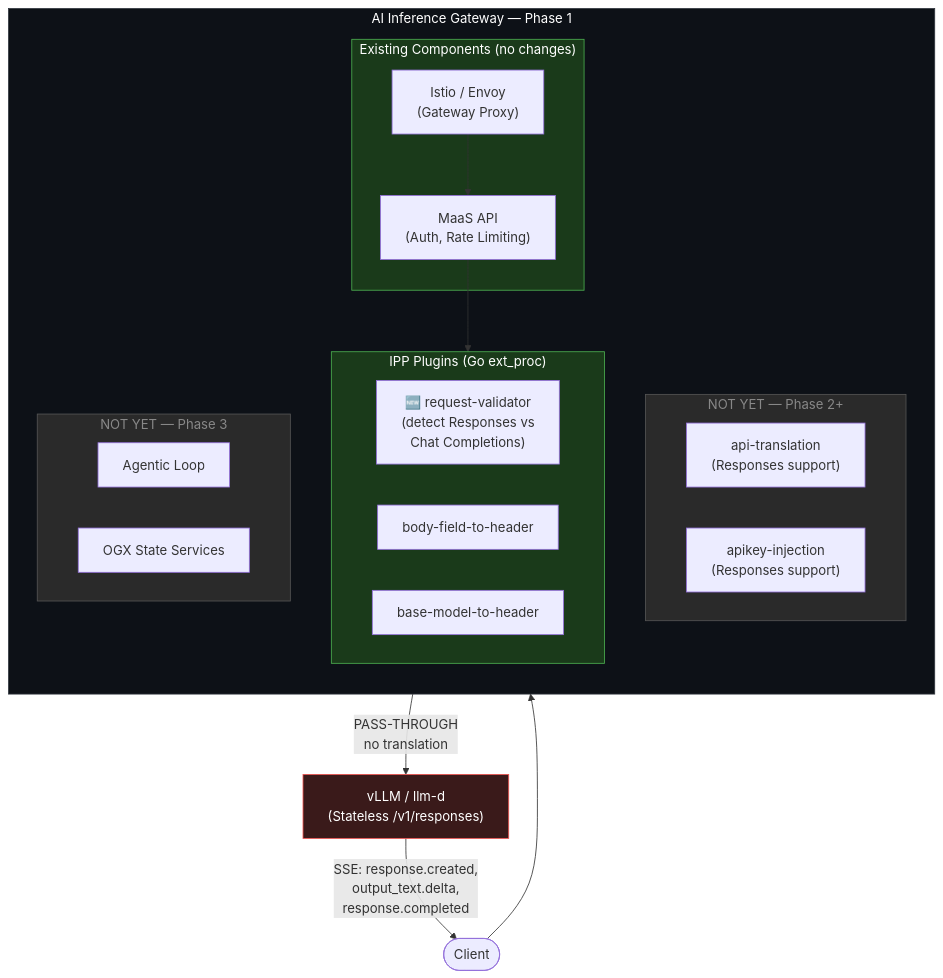
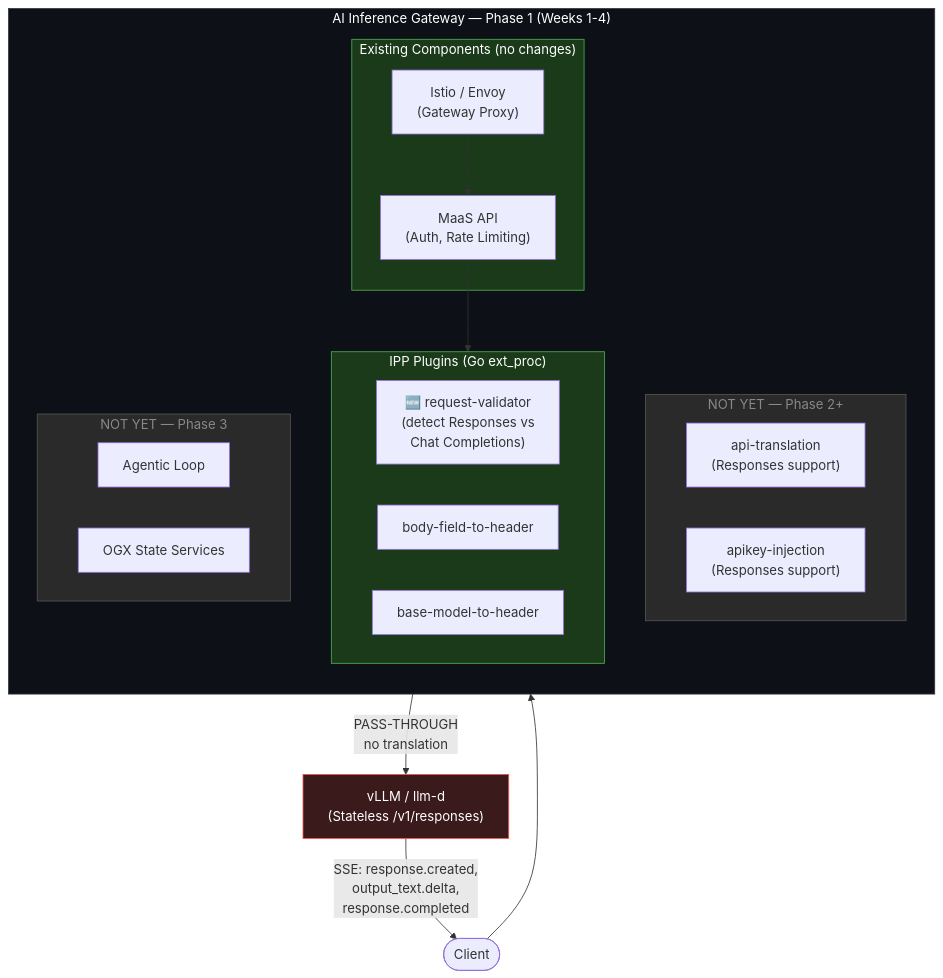
The fifth of 8 diagrams in responses-api/responses-api-architecture-plan.md (noyitz/ai-gateway-docs), drawn with Mermaid before and after one commit. The commit also changed other lines of this file, not shown here.

Commit message:
Compress timeline from 6 months to 4 months, reflect OGX reuse in Phase 3

````diff
--- a/responses-api/responses-api-architecture-plan.md
+++ b/responses-api/responses-api-architecture-plan.md
@@ -486,44 +486,44 @@
 ```mermaid
 graph TB
     Client([Client])
 
-    subgraph GW["AI Inference Gateway — Phase 1"]
+    subgraph GW["AI Inference Gateway — Phase 1 (Weeks 1-4)"]
         direction TB
 
         subgraph Existing["Existing Components (no changes)"]
             Proxy["Istio / Envoy<br/>(Gateway Proxy)"]
             MaaS["MaaS API<br/>(Auth, Rate Limiting)"]
         end
 
         subgraph IPP["IPP Plugins (Go ext_proc)"]
             direction LR
             rv["🆕 request-validator<br/>(detect Responses vs<br/>Chat Completions)"]
             bfth["body-field-to-header"]
             bmth["base-model-to-header"]
         end
 
         subgraph NotYet1["NOT YET — Phase 2+"]
             direction LR
             at_na["api-translation<br/>(Responses support)"]
             ak_na["apikey-injection<br/>(Responses support)"]
         end
 
         subgraph NotYet2["NOT YET — Phase 3"]
             AL_na["Agentic Loop"]
             OGX_na["OGX State Services"]
         end
     end
 
     vLLM["vLLM / llm-d<br/>(Stateless /v1/responses)"]
 
     Client --> Proxy --> MaaS --> IPP
     IPP -- "PASS-THROUGH<br/>no translation" --> vLLM
     vLLM -- "SSE: response.created,<br/>output_text.delta,<br/>response.completed" --> Client
 
     style Existing fill:#1a3a1a,stroke:#4CAF50,color:#fff
     style IPP fill:#1a3a1a,stroke:#4CAF50,color:#fff
     style NotYet1 fill:#2a2a2a,stroke:#555,color:#888
     style NotYet2 fill:#2a2a2a,stroke:#555,color:#888
     style vLLM fill:#3a1a1a,stroke:#EF5350,color:#fff
     style GW fill:#0d1117,stroke:#30363d,color:#fff
 ```
````
